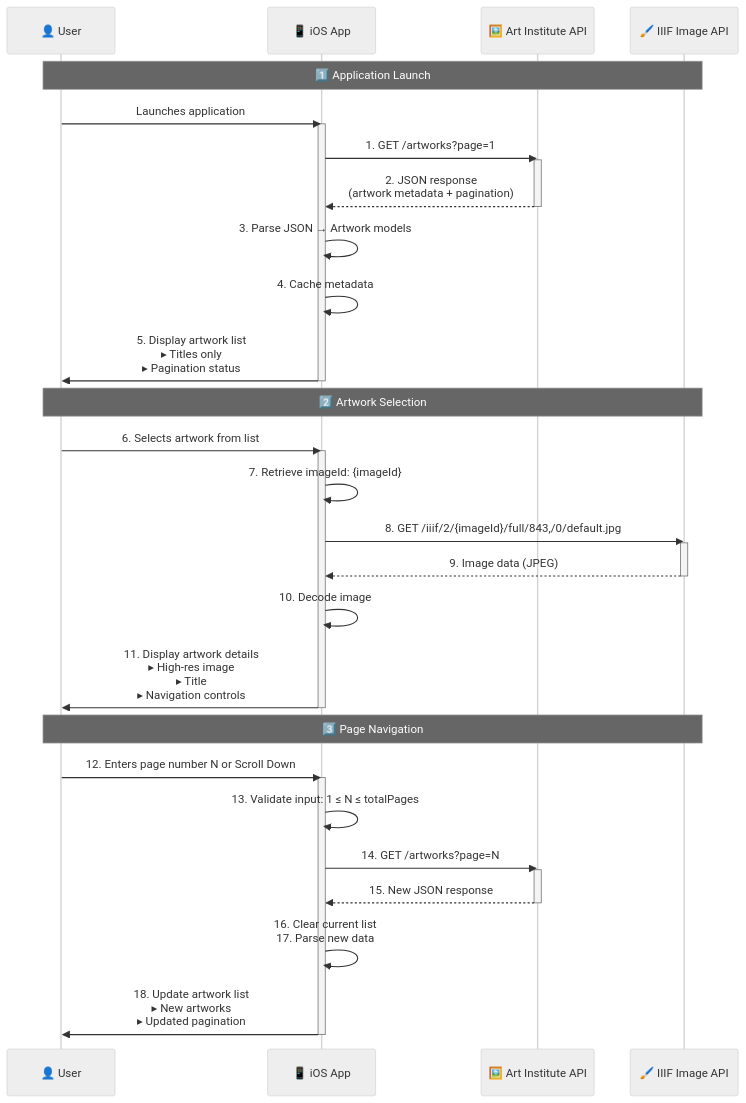
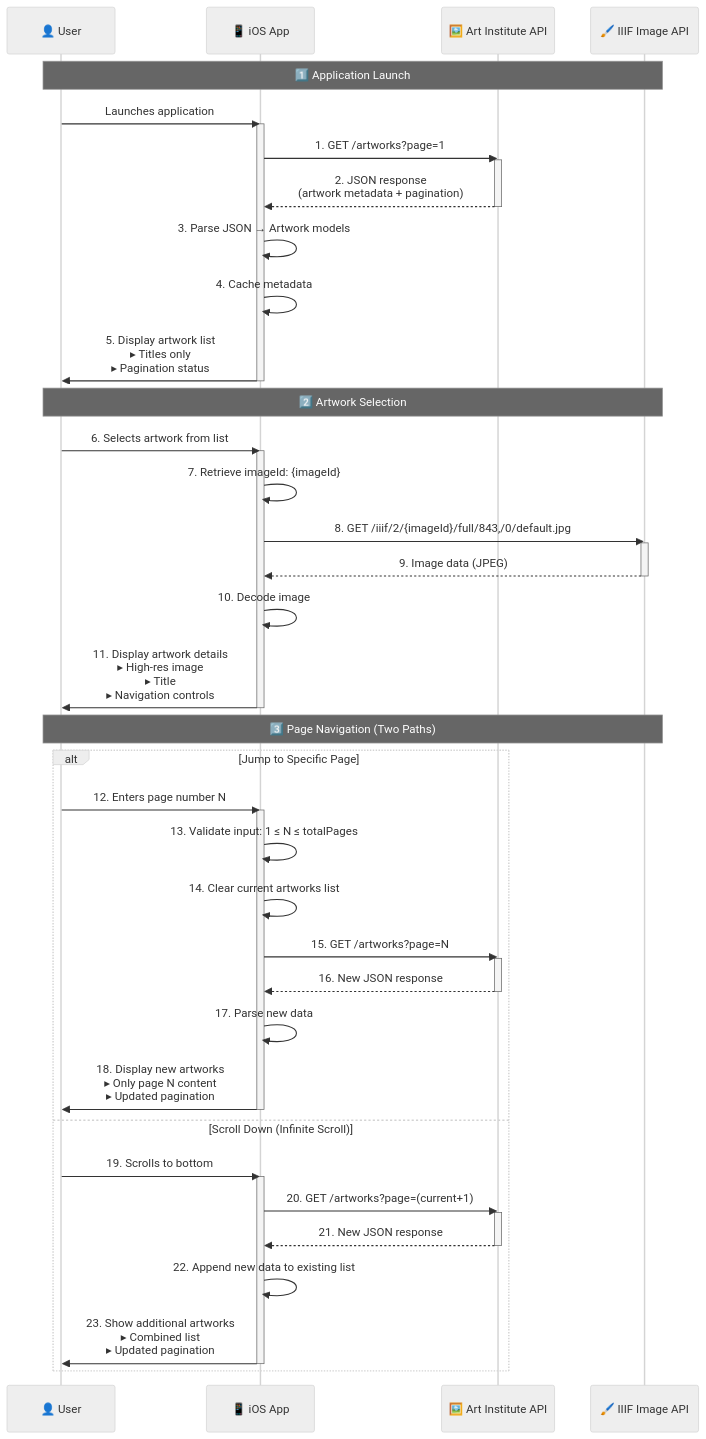
One commit to AleksandrVinnik/Art-Institute-of-Chicago changed the first of 3 diagrams in README.md. Above: the diagram before and after it, drawn with Mermaid (neutral theme). The commit also changed other lines of this file, not shown here.

Commit message:
Readme.md has been updated

````diff
--- a/README.md
+++ b/README.md
@@ -28,46 +28,60 @@
 ```mermaid
 sequenceDiagram
     participant User as 👤 User
     participant App as 📱 iOS App
     participant API as 🖼️ Art Institute API
     participant IIIF as 🖌️ IIIF Image API
     
     Note over User,IIIF: 1️⃣ Application Launch
     User->>App: Launches application
     activate App
     App->>API: 1. GET /artworks?page=1
     activate API
     API-->>App: 2. JSON response<br>(artwork metadata + pagination)
     deactivate API
     
     App->>App: 3. Parse JSON → Artwork models
     App->>App: 4. Cache metadata
     App->>User: 5. Display artwork list<br>▸ Titles only<br>▸ Pagination status
     deactivate App
     
     Note over User,IIIF: 2️⃣ Artwork Selection
     User->>App: 6. Selects artwork from list
     activate App
     App->>App: 7. Retrieve imageId: {imageId}
     App->>IIIF: 8. GET /iiif/2/{imageId}/full/843,/0/default.jpg
     activate IIIF
     IIIF-->>App: 9. Image data (JPEG)
     deactivate IIIF
     
     App->>App: 10. Decode image
     App->>User: 11. Display artwork details<br>▸ High-res image<br>▸ Title<br>▸ Navigation controls
     deactivate App
     
-    Note over User,IIIF: 3️⃣ Page Navigation
-    User->>App: 12. Enters page number N or Scroll Down
-    activate App
-    App->>App: 13. Validate input: 1 ≤ N ≤ totalPages
-    App->>API: 14. GET /artworks?page=N
-    activate API
-    API-->>App: 15. New JSON response
-    deactivate API
+    Note over User,IIIF: 3️⃣ Page Navigation (Two Paths)
     
-    App->>App: 16. Clear current list<br>17. Parse new data
-    App->>User: 18. Update artwork list<br>▸ New artworks<br>▸ Updated pagination
-    deactivate App
+    alt Jump to Specific Page
+        User->>App: 12. Enters page number N
+        activate App
+        App->>App: 13. Validate input: 1 ≤ N ≤ totalPages
+        App->>App: 14. Clear current artworks list
+        App->>API: 15. GET /artworks?page=N
+        activate API
+        API-->>App: 16. New JSON response
+        deactivate API
+        App->>App: 17. Parse new data
+        App->>User: 18. Display new artworks<br>▸ Only page N content<br>▸ Updated pagination
+        deactivate App
+    
+    else Scroll Down (Infinite Scroll)
+        User->>App: 19. Scrolls to bottom
+        activate App
+        App->>API: 20. GET /artworks?page=(current+1)
+        activate API
+        API-->>App: 21. New JSON response
+        deactivate API
+        App->>App: 22. Append new data to existing list
+        App->>User: 23. Show additional artworks<br>▸ Combined list<br>▸ Updated pagination
+        deactivate App
+    end
 ```
````
